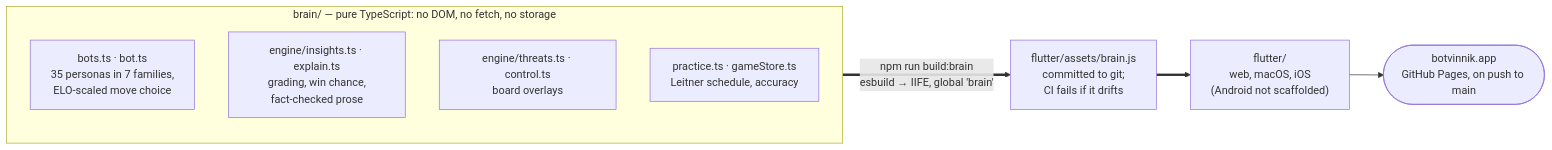
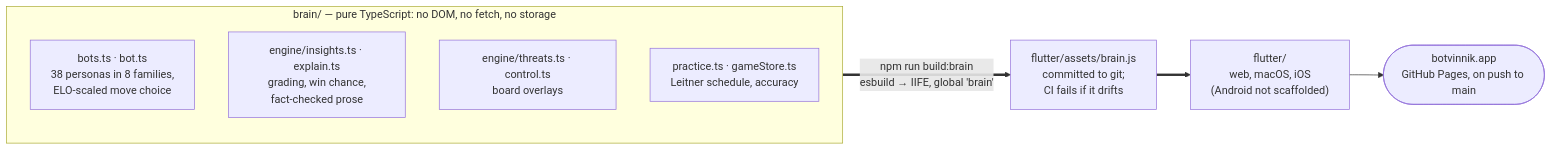
One commit to quadrismegistus/botvinnik changed the first of 5 diagrams in ARCHITECTURE.md. Above: the diagram before and after it, drawn with Mermaid. The commit also changed other lines of this file and 4 other files, not shown here.

````diff
--- a/ARCHITECTURE.md
+++ b/ARCHITECTURE.md
@@ -15,13 +15,13 @@
 ```mermaid
 flowchart LR
     subgraph BRAIN["brain/ — pure TypeScript: no DOM, no fetch, no storage"]
-        R["bots.ts · bot.ts<br/>35 personas in 7 families,<br/>ELO-scaled move choice"]
+        R["bots.ts · bot.ts<br/>38 personas in 8 families,<br/>ELO-scaled move choice"]
         G["engine/insights.ts · explain.ts<br/>grading, win chance,<br/>fact-checked prose"]
         O["engine/threats.ts · control.ts<br/>board overlays"]
         P["practice.ts · gameStore.ts<br/>Leitner schedule, accuracy"]
     end
 
     BRAIN ==>|"npm run build:brain<br/>esbuild → IIFE, global 'brain'"| BUNDLE["flutter/assets/brain.js<br/>committed to git;<br/>CI fails if it drifts"]
     BUNDLE ==> FLUTTER["flutter/<br/>web, macOS, iOS<br/>(Android not scaffolded)"]
     FLUTTER --> WEB(["botvinnik.app<br/>GitHub Pages, on push to main"])
 ```
````
